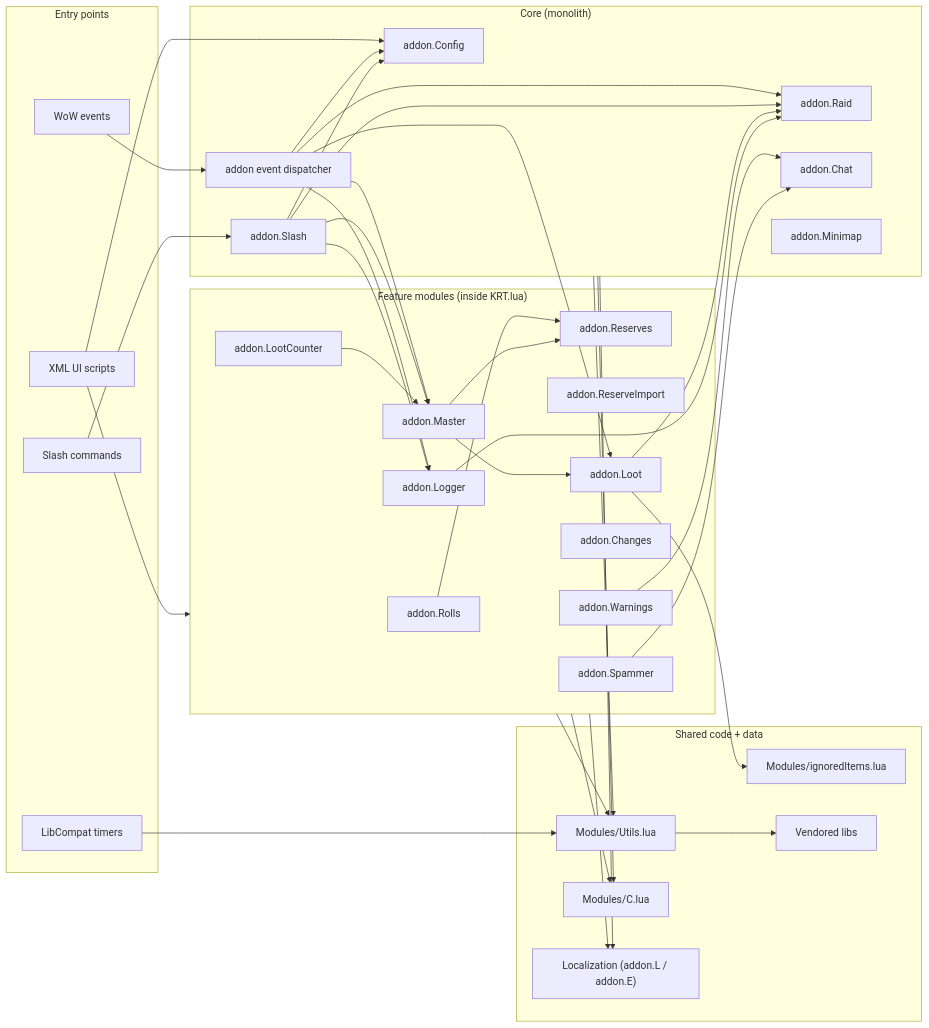
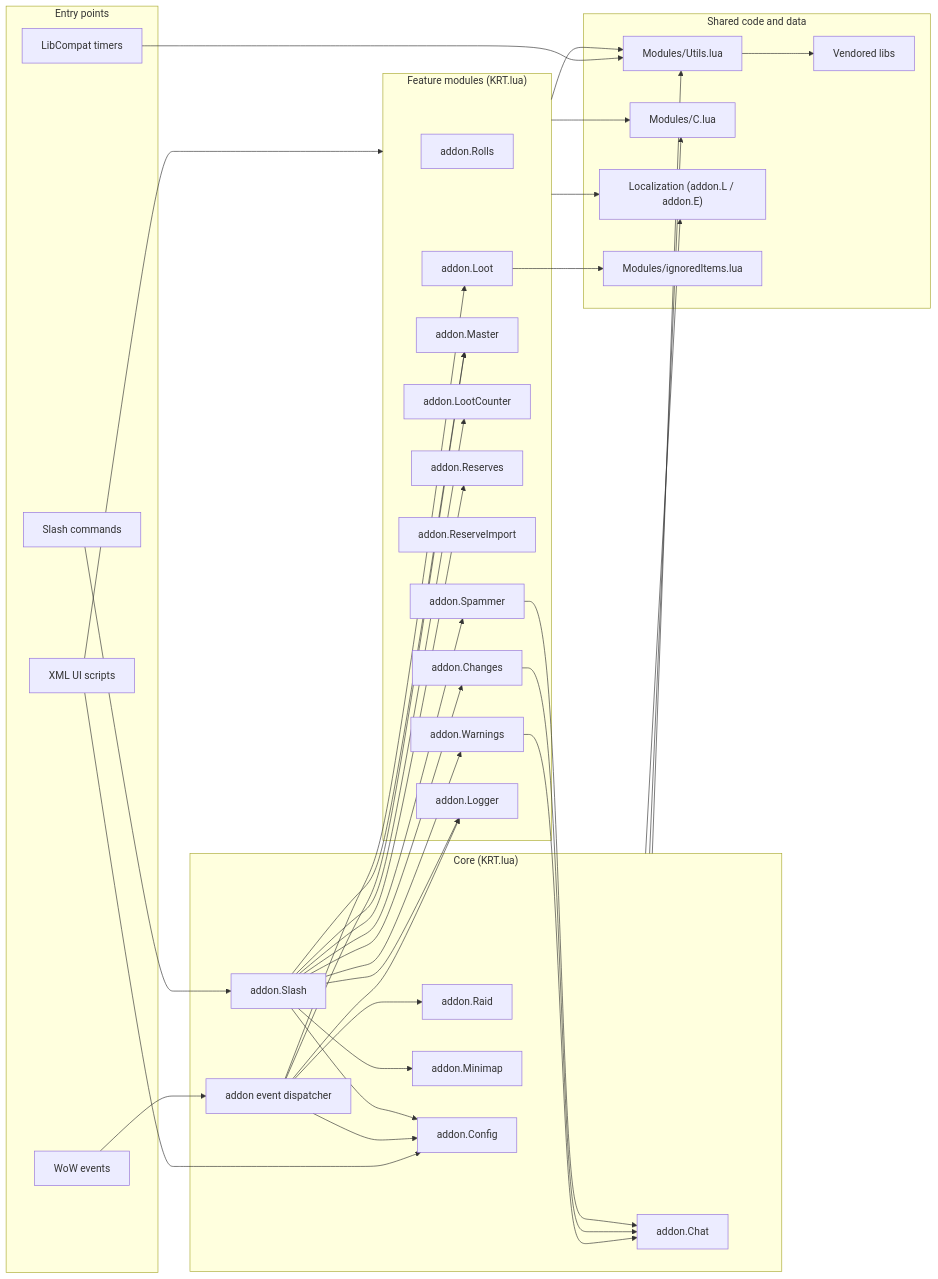
Before and after one commit to sk1zzovsmx/KRT-improved: the first of 2 diagrams in OVERVIEW.md, drawn with Mermaid. The commit also changed other lines of this file and 4 other files, not shown here.

Commit message:
Add /krt counter

````diff
--- a/OVERVIEW.md
+++ b/OVERVIEW.md
@@ -43,75 +56,74 @@
 ```mermaid
 flowchart LR
   subgraph EP["Entry points"]
     WEV["WoW events"]
     XUI["XML UI scripts"]
     SLC["Slash commands"]
     TMR["LibCompat timers"]
   end
 
-  subgraph CORE["Core (monolith)"]
+  subgraph CORE["Core (KRT.lua)"]
     EVT["addon event dispatcher"]
     Slash["addon.Slash"]
     Raid["addon.Raid"]
     Chat["addon.Chat"]
     Minimap["addon.Minimap"]
     Config["addon.Config"]
   end
 
-  subgraph FEATURES["Feature modules (inside KRT.lua)"]
+  subgraph FEATURES["Feature modules (KRT.lua)"]
     Rolls["addon.Rolls"]
-    Reserves["addon.Reserves"]
-    ReserveImport["addon.ReserveImport"]
     Loot["addon.Loot"]
     Master["addon.Master"]
     LootCounter["addon.LootCounter"]
-    Logger["addon.Logger"]
+    Reserves["addon.Reserves"]
+    ReserveImport["addon.ReserveImport"]
     Warnings["addon.Warnings"]
     Changes["addon.Changes"]
     Spammer["addon.Spammer"]
+    Logger["addon.Logger"]
   end
 
-  subgraph SHARED["Shared code + data"]
+  subgraph SHARED["Shared code and data"]
     Utils["Modules/Utils.lua"]
     Cmod["Modules/C.lua"]
     L10n["Localization (addon.L / addon.E)"]
     Ignored["Modules/ignoredItems.lua"]
     Libs["Vendored libs"]
   end
 
   WEV --> EVT
-  SLC --> Slash
   XUI --> FEATURES
   XUI --> Config
+  SLC --> Slash
   TMR --> Utils
 
   EVT --> Raid
+  EVT --> Loot
+  EVT --> Master
+  EVT --> Logger
   EVT --> Config
-  EVT --> Logger
-  EVT --> Master
-  EVT --> Loot
 
+  Slash --> Master
+  Slash --> Reserves
+  Slash --> LootCounter
+  Slash --> Warnings
+  Slash --> Changes
+  Slash --> Spammer
+  Slash --> Logger
   Slash --> Config
-  Slash --> Raid
-  Slash --> Master
-  Slash --> Logger
+  Slash --> Minimap
 
-  Rolls --> Reserves
-  Loot --> Raid
-  Master --> Loot
-  Master --> Reserves
-  LootCounter --> Master
-  Logger --> Raid
   Warnings --> Chat
+  Changes --> Chat
   Spammer --> Chat
 
   FEATURES --> Utils
+  FEATURES --> Cmod
+  FEATURES --> L10n
   CORE --> Utils
-  FEATURES --> Cmod
   CORE --> Cmod
   CORE --> L10n
-  FEATURES --> L10n
   Loot --> Ignored
-
   Utils --> Libs
 ```
````
